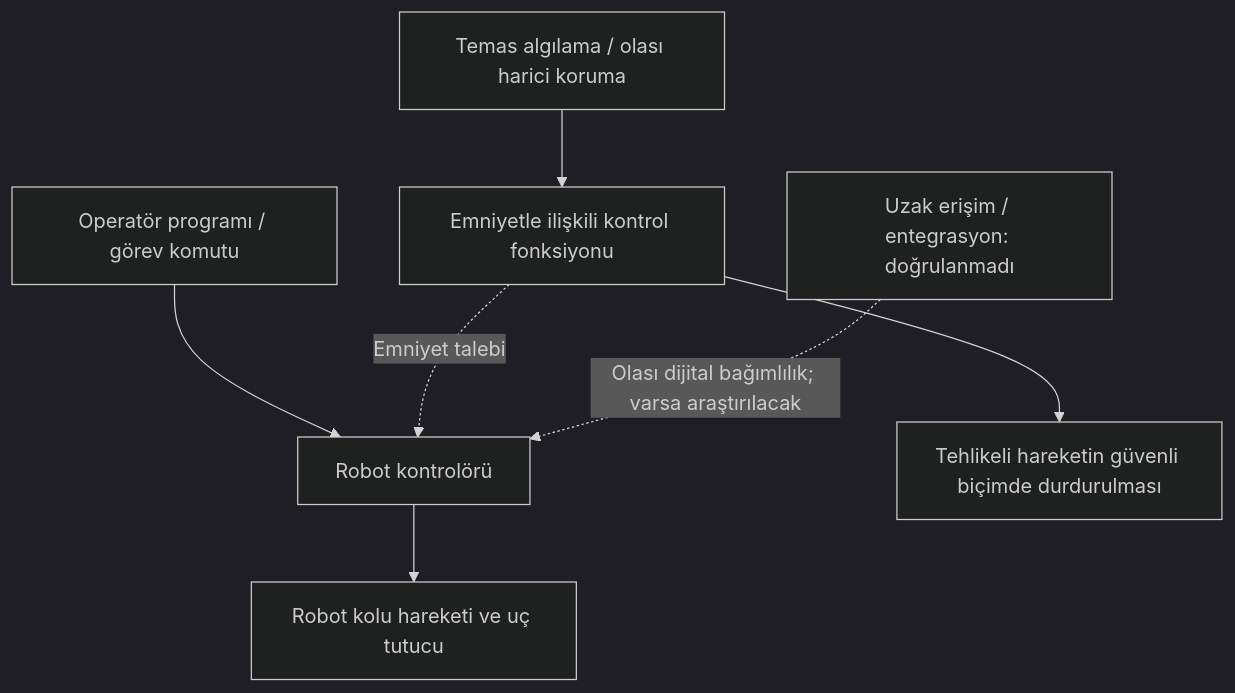
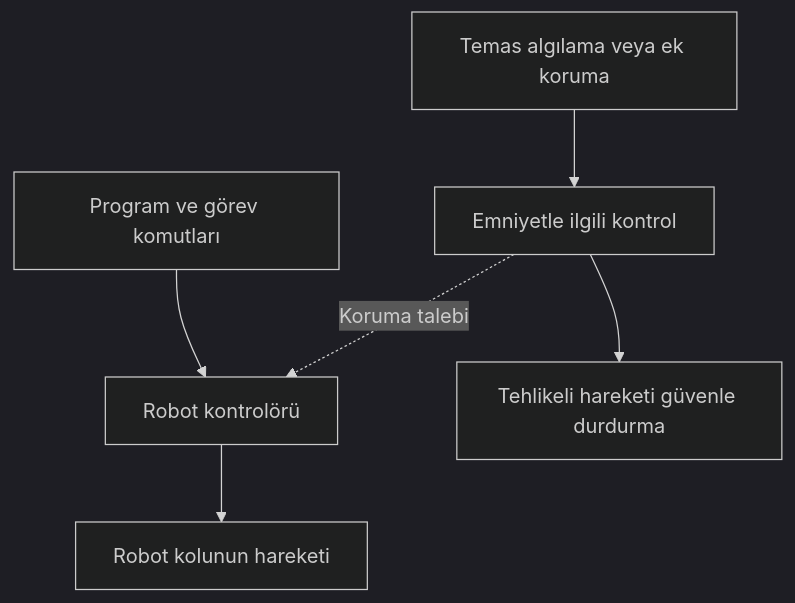
The diagram in LAB1-Safety-Architecture.md (baranaksitkutay/YMH459-FANUC-CRX10iA), drawn with Mermaid (dark theme) before and after one commit. The commit also changed other lines of this file, not shown here.

First line of the commit message:
Update LAB1-Safety-Architecture.md

````diff
--- a/LAB1-Safety-Architecture.md
+++ b/LAB1-Safety-Architecture.md
@@ -53,9 +26,8 @@
 ```mermaid
 flowchart TD
-    A[Operatör programı / görev komutu] --> B[Robot kontrolörü]
-    B --> C[Robot kolu hareketi ve uç tutucu]
-    D[Temas algılama / olası harici koruma] --> E[Emniyetle ilişkili kontrol fonksiyonu]
-    E --> F[Tehlikeli hareketin güvenli biçimde durdurulması]
-    E -. Emniyet talebi .-> B
-    G[Uzak erişim / entegrasyon: doğrulanmadı] -. Olası dijital bağımlılık; varsa araştırılacak .-> B
+    A[Program ve görev komutları] --> B[Robot kontrolörü]
+    B --> C[Robot kolunun hareketi]
+    D[Temas algılama veya ek koruma] --> E[Emniyetle ilgili kontrol]
+    E --> F[Tehlikeli hareketi güvenle durdurma]
+    E -. Koruma talebi .-> B
 ```
````
